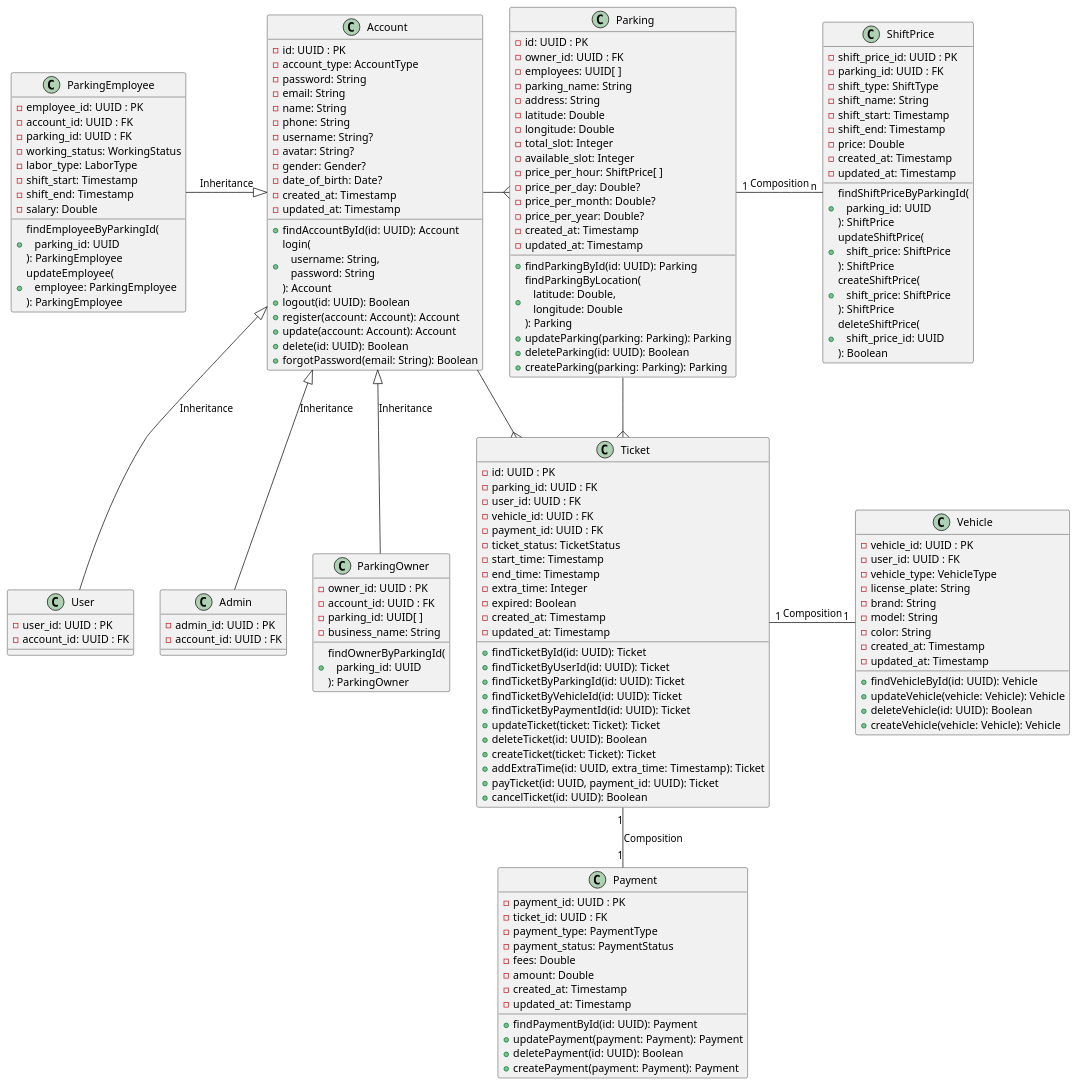
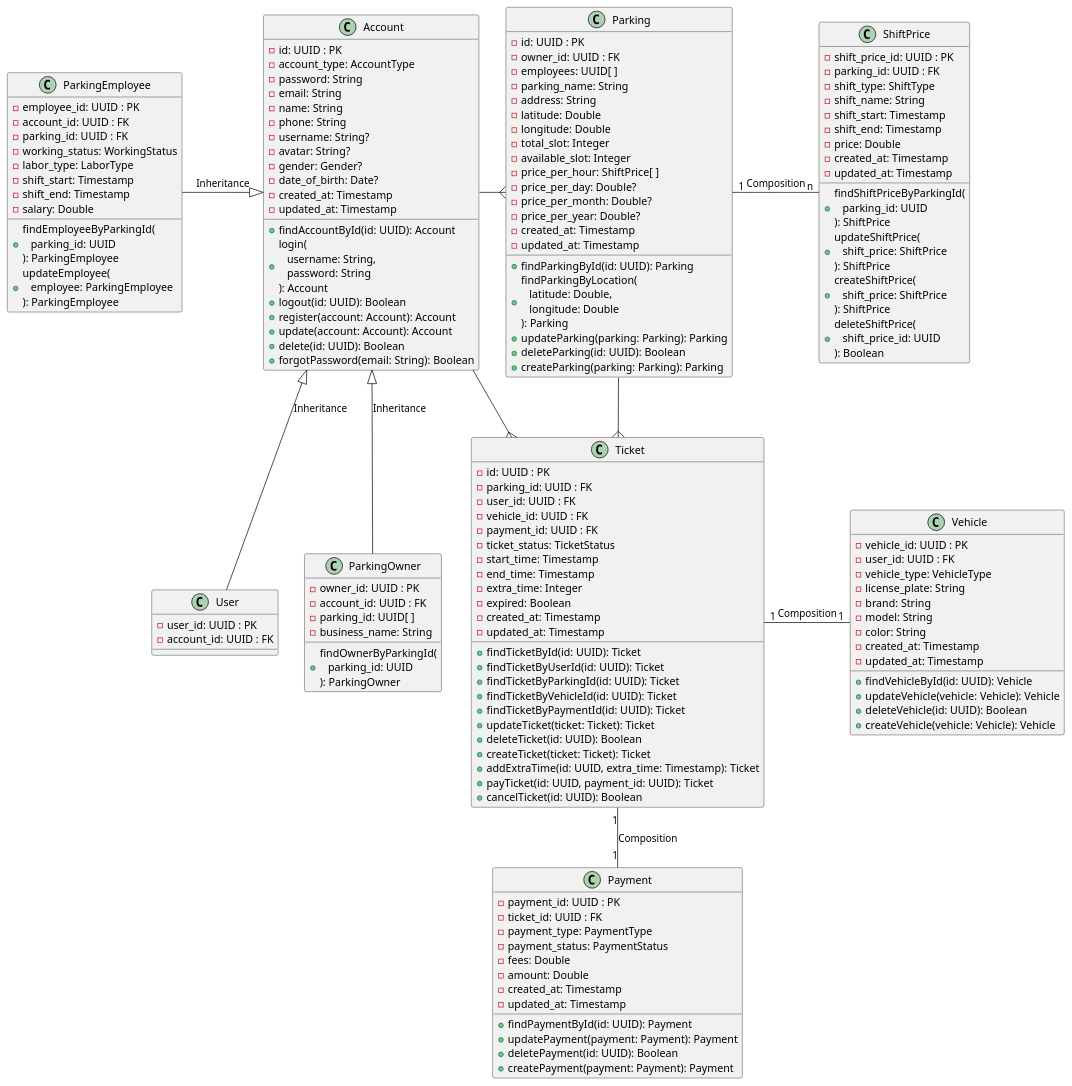
The diagram in class/all.wsd (hieutbui/graduation-diagram), drawn with PlantUML before and after one commit.

Commit message:
Update class_all

```diff
--- a/class/all.wsd
+++ b/class/all.wsd
@@ -1,172 +1,166 @@
 @startuml class_all
 
 class Account {
   -id: UUID : PK
   -account_type: AccountType
   -password: String
   -email: String
   -name: String
   -phone: String
   -username: String?
   -avatar: String?
   -gender: Gender?
   -date_of_birth: Date?
   -created_at: Timestamp
   -updated_at: Timestamp
 
   +findAccountById(id: UUID): Account
   +login(\n   username: String, \n   password: String\n): Account
   +logout(id: UUID): Boolean
   +register(account: Account): Account
   +update(account: Account): Account
   +delete(id: UUID): Boolean
   +forgotPassword(email: String): Boolean
 }
 
 class User {
   -user_id: UUID : PK
-  -account_id: UUID : FK
-}
-
-class Admin {
-  -admin_id: UUID : PK
   -account_id: UUID : FK
 }
 
 class ParkingEmployee {
   -employee_id: UUID : PK
   -account_id: UUID : FK
   -parking_id: UUID : FK
   -working_status: WorkingStatus
   -labor_type: LaborType
   -shift_start: Timestamp
   -shift_end: Timestamp
   -salary: Double
   +findEmployeeByParkingId(\n   parking_id: UUID\n): ParkingEmployee
   +updateEmployee(\n   employee: ParkingEmployee\n): ParkingEmployee
 }
 
 class ParkingOwner {
   -owner_id: UUID : PK
   -account_id: UUID : FK
   -parking_id: UUID[ ]
   -business_name: String
   +findOwnerByParkingId(\n   parking_id: UUID\n): ParkingOwner
 }
 
 class Parking {
   -id: UUID : PK
   -owner_id: UUID : FK
   -employees: UUID[ ]
   -parking_name: String
   -address: String
   -latitude: Double
   -longitude: Double
   -total_slot: Integer
   -available_slot: Integer
   -price_per_hour: ShiftPrice[ ]
   -price_per_day: Double?
   -price_per_month: Double?
   -price_per_year: Double?
   -created_at: Timestamp
   -updated_at: Timestamp
 
   +findParkingById(id: UUID): Parking
   +findParkingByLocation(\n   latitude: Double, \n   longitude: Double\n): Parking
   +updateParking(parking: Parking): Parking
   +deleteParking(id: UUID): Boolean
   +createParking(parking: Parking): Parking
 }
 
 class ShiftPrice {
   -shift_price_id: UUID : PK
   -parking_id: UUID : FK
   -shift_type: ShiftType
   -shift_name: String
   -shift_start: Timestamp
   -shift_end: Timestamp
   -price: Double
   -created_at: Timestamp
   -updated_at: Timestamp
   +findShiftPriceByParkingId(\n   parking_id: UUID\n): ShiftPrice
   +updateShiftPrice(\n   shift_price: ShiftPrice\n): ShiftPrice
   +createShiftPrice(\n   shift_price: ShiftPrice\n): ShiftPrice
   +deleteShiftPrice(\n   shift_price_id: UUID\n): Boolean
 }
 
 class Ticket {
   -id: UUID : PK
   -parking_id: UUID : FK
   -user_id: UUID : FK
   -vehicle_id: UUID : FK
   -payment_id: UUID : FK
   -ticket_status: TicketStatus
   -start_time: Timestamp
   -end_time: Timestamp
   -extra_time: Integer
   -expired: Boolean
   -created_at: Timestamp
   -updated_at: Timestamp
 
   +findTicketById(id: UUID): Ticket
   +findTicketByUserId(id: UUID): Ticket
   +findTicketByParkingId(id: UUID): Ticket
   +findTicketByVehicleId(id: UUID): Ticket
   +findTicketByPaymentId(id: UUID): Ticket
   +updateTicket(ticket: Ticket): Ticket
   +deleteTicket(id: UUID): Boolean
   +createTicket(ticket: Ticket): Ticket
   +addExtraTime(id: UUID, extra_time: Timestamp): Ticket
   +payTicket(id: UUID, payment_id: UUID): Ticket
   +cancelTicket(id: UUID): Boolean
 }
 
 class Vehicle {
   -vehicle_id: UUID : PK
   -user_id: UUID : FK
   -vehicle_type: VehicleType
   -license_plate: String
   -brand: String
   -model: String
   -color: String
   -created_at: Timestamp
   -updated_at: Timestamp
 
   +findVehicleById(id: UUID): Vehicle
   +updateVehicle(vehicle: Vehicle): Vehicle
   +deleteVehicle(id: UUID): Boolean
   +createVehicle(vehicle: Vehicle): Vehicle
 }
 
 class Payment {
   -payment_id: UUID : PK
   -ticket_id: UUID : FK
   -payment_type: PaymentType
   -payment_status: PaymentStatus
   -fees: Double
   -amount: Double
   -created_at: Timestamp
   -updated_at: Timestamp
 
   +findPaymentById(id: UUID): Payment
   +updatePayment(payment: Payment): Payment
   +deletePayment(id: UUID): Boolean
   +createPayment(payment: Payment): Payment
 }
 
 Account --{ Ticket
 Account -right-{ Parking
 
 Parking --{ Ticket
 
 Ticket "1"-right-"1" Vehicle : Composition
 Ticket "1"-down-"1" Payment : Composition
 
 Parking "1"-right-"n" ShiftPrice : Composition
 
 Account <|-- User : Inheritance
-Account <|-- Admin : Inheritance
 Account <|-left- ParkingEmployee : Inheritance
 Account <|-- ParkingOwner : Inheritance
 
 @enduml
```
